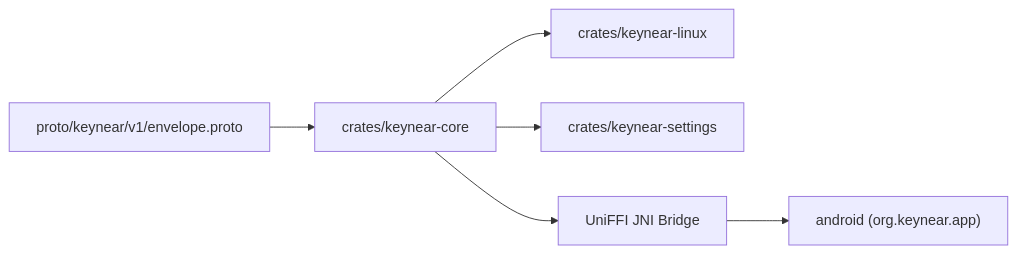
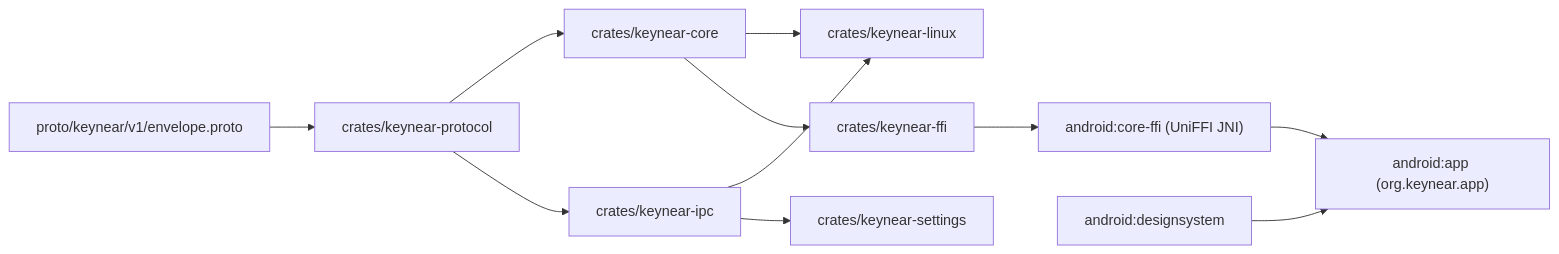
One commit to hydrafog/keynear changed the diagram in docs/architecture/overview.md. Above: the diagram before and after it, drawn with Mermaid. The commit also changed other lines of this file and 195 other files, not shown here.

````diff
--- a/docs/architecture/overview.md
+++ b/docs/architecture/overview.md
@@ -7,8 +7,13 @@
 ```mermaid
 flowchart LR
-  proto["proto/keynear/v1/envelope.proto"] --> core["crates/keynear-core"]
+  proto["proto/keynear/v1/envelope.proto"] --> protocol["crates/keynear-protocol"]
+  protocol --> core["crates/keynear-core"]
+  protocol --> ipc["crates/keynear-ipc"]
   core --> linux["crates/keynear-linux"]
-  core --> settings["crates/keynear-settings"]
-  core --> uniffi["UniFFI JNI Bridge"]
-  uniffi --> android["android (org.keynear.app)"]
+  ipc --> linux
+  ipc --> settings["crates/keynear-settings"]
+  core --> ffi["crates/keynear-ffi"]
+  ffi --> uniffi["android:core-ffi (UniFFI JNI)"]
+  ds["android:designsystem"] --> android["android:app (org.keynear.app)"]
+  uniffi --> android
 ```
````
